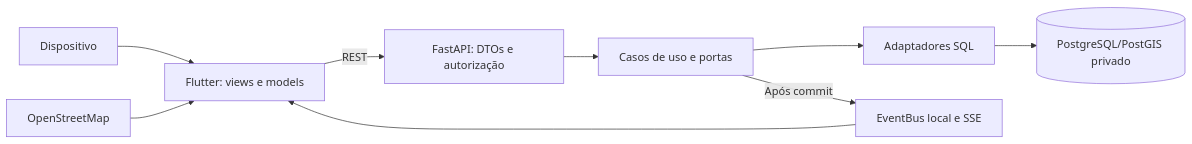
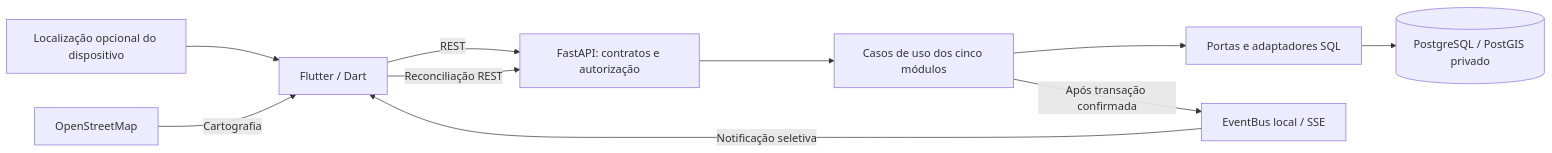
One commit to PatrickSoaresVitor/nightpointv2 changed the diagram in README.md. Above: the diagram before and after it, drawn with Mermaid. The commit also changed other lines of this file and 3 other files, not shown here.

````diff
--- a/README.md
+++ b/README.md
@@ -30,11 +72,12 @@
 ```mermaid
 flowchart LR
-  GPS[Dispositivo] --> UI[Flutter: views e models]
-  OSM[OpenStreetMap] --> UI
-  UI -->|REST| API[FastAPI: DTOs e autorização]
-  API --> APP[Casos de uso e portas]
-  APP --> SQL[Adaptadores SQL]
-  SQL --> DB[(PostgreSQL/PostGIS privado)]
-  APP -->|Após commit| SSE[EventBus local e SSE]
-  SSE --> UI
+  GPS["Localização opcional do dispositivo"] --> UI["Flutter / Dart"]
+  OSM["OpenStreetMap"] -->|Cartografia| UI
+  UI -->|REST| HTTP["FastAPI: contratos e autorização"]
+  HTTP --> APP["Casos de uso dos cinco módulos"]
+  APP --> PORTS["Portas e adaptadores SQL"]
+  PORTS --> DB[("PostgreSQL / PostGIS privado")]
+  APP -->|Após transação confirmada| BUS["EventBus local / SSE"]
+  BUS -->|Notificação seletiva| UI
+  UI -->|Reconciliação REST| HTTP
 ```
````
